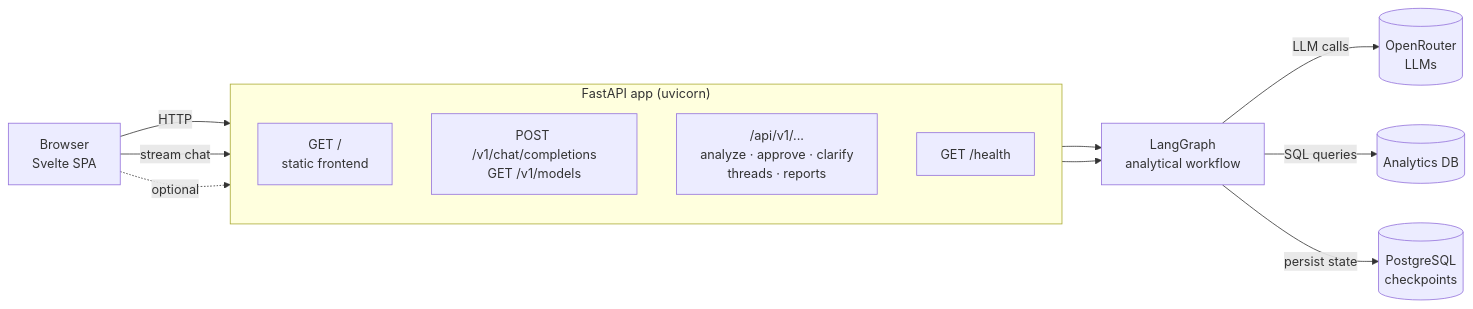
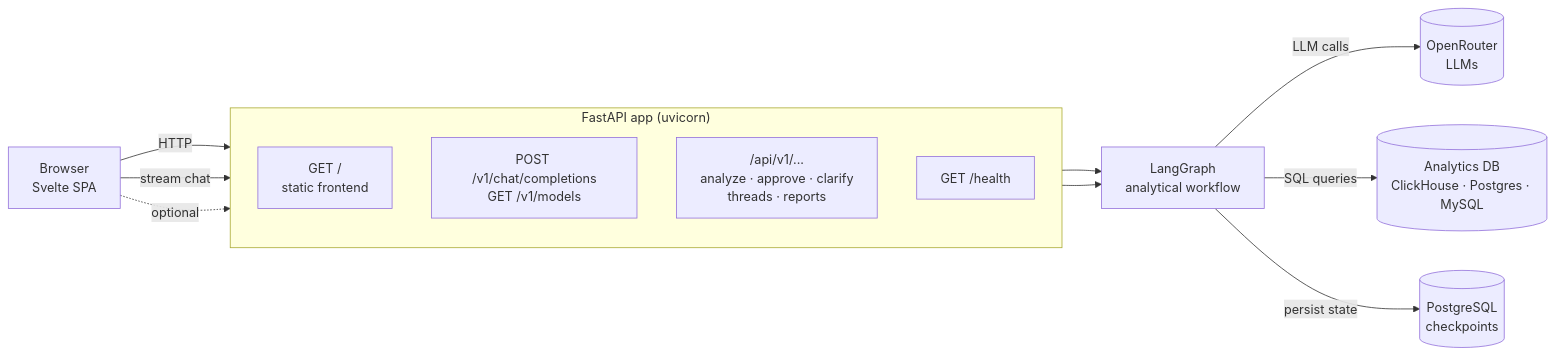
One commit to raha-io/R2-DB2 changed the first of 2 diagrams in README.md. Above: the diagram before and after it, drawn with Mermaid. The commit also changed other lines of this file and 25 other files, not shown here.

````diff
--- a/README.md
+++ b/README.md
@@ -9,29 +9,29 @@
 ```mermaid
 flowchart LR
     Browser["Browser<br/>Svelte SPA"]
 
     subgraph App["FastAPI app (uvicorn)"]
         direction TB
         Static["GET /<br/>static frontend"]
         OpenAI["POST /v1/chat/completions<br/>GET /v1/models"]
         GraphAPI["/api/v1/...<br/>analyze · approve · clarify<br/>threads · reports"]
         Health["GET /health"]
     end
 
     LG["LangGraph<br/>analytical workflow"]
 
     OR[(OpenRouter<br/>LLMs)]
-    DB[(Analytics DB)]
+    DB[(Analytics DB<br/>ClickHouse · Postgres · MySQL)]
     PG[(PostgreSQL<br/>checkpoints)]
 
     Browser -->|HTTP| Static
     Browser -->|stream chat| OpenAI
     Browser -.->|optional| GraphAPI
 
     OpenAI --> LG
     GraphAPI --> LG
 
     LG -->|LLM calls| OR
     LG -->|SQL queries| DB
     LG -->|persist state| PG
 ```
````
